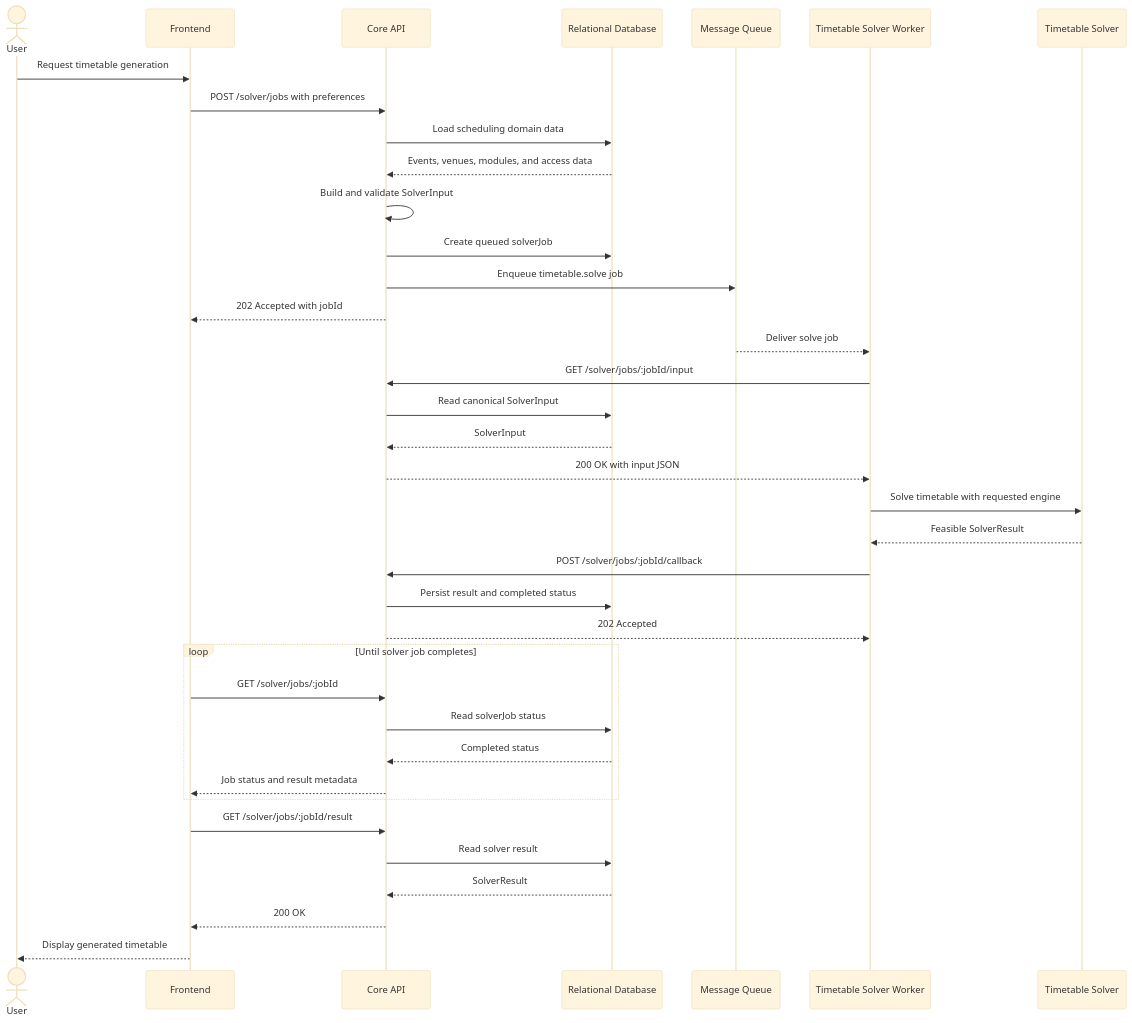
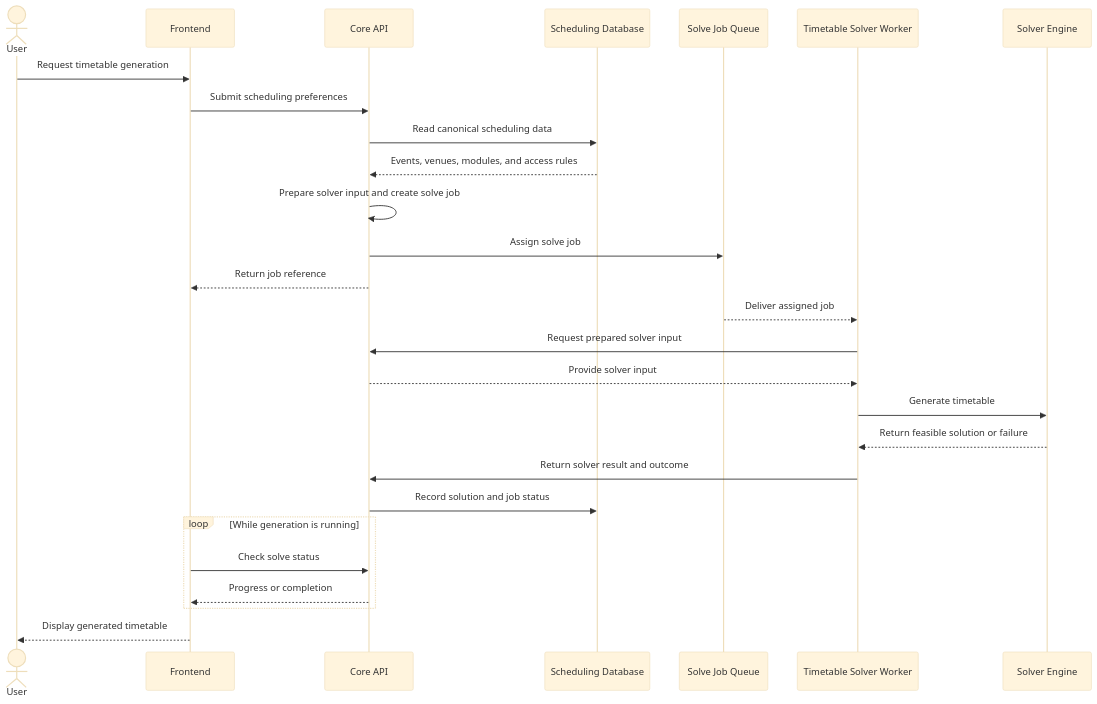
The diagram in docs/diagrams/architecture/solver-sequence.mmd (COS301-SE-2026/UMTAS), drawn with Mermaid (base theme) before and after one commit. The commit also changed 4 other files, not shown here.

Commit message:
chore: simplified the sequence diagrams

```diff
--- a/docs/diagrams/architecture/solver-sequence.mmd
+++ b/docs/diagrams/architecture/solver-sequence.mmd
@@ -1,40 +1,30 @@
 sequenceDiagram
     actor User
     participant Frontend
     participant API as Core API
-    participant DB as Relational Database
-    participant Queue as Message Queue
+    participant DB as Scheduling Database
+    participant Queue as Solve Job Queue
     participant Worker as Timetable Solver Worker
-    participant CLI as Timetable Solver
+    participant Engine as Solver Engine
 
     User->>Frontend: Request timetable generation
-    Frontend->>API: POST /solver/jobs with preferences
-    API->>DB: Load scheduling domain data
-    DB-->>API: Events, venues, modules, and access data
-    API->>API: Build and validate SolverInput
-    API->>DB: Create queued solverJob
-    API->>Queue: Enqueue timetable.solve job
-    API-->>Frontend: 202 Accepted with jobId
+    Frontend->>API: Submit scheduling preferences
+    API->>DB: Read canonical scheduling data
+    DB-->>API: Events, venues, modules, and access rules
+    API->>API: Prepare solver input and create solve job
+    API->>Queue: Assign solve job
+    API-->>Frontend: Return job reference
 
-    Queue-->>Worker: Deliver solve job
-    Worker->>API: GET /solver/jobs/:jobId/input
-    API->>DB: Read canonical SolverInput
-    DB-->>API: SolverInput
-    API-->>Worker: 200 OK with input JSON
-    Worker->>CLI: Solve timetable with requested engine
-    CLI-->>Worker: Feasible SolverResult
-    Worker->>API: POST /solver/jobs/:jobId/callback
-    API->>DB: Persist result and completed status
-    API-->>Worker: 202 Accepted
+    Queue-->>Worker: Deliver assigned job
+    Worker->>API: Request prepared solver input
+    API-->>Worker: Provide solver input
+    Worker->>Engine: Generate timetable
+    Engine-->>Worker: Return feasible solution or failure
+    Worker->>API: Return solver result and outcome
+    API->>DB: Record solution and job status
 
-    loop Until solver job completes
-        Frontend->>API: GET /solver/jobs/:jobId
-        API->>DB: Read solverJob status
-        DB-->>API: Completed status
-        API-->>Frontend: Job status and result metadata
+    loop While generation is running
+        Frontend->>API: Check solve status
+        API-->>Frontend: Progress or completion
     end
-    Frontend->>API: GET /solver/jobs/:jobId/result
-    API->>DB: Read solver result
-    DB-->>API: SolverResult
-    API-->>Frontend: 200 OK
     Frontend-->>User: Display generated timetable
```
